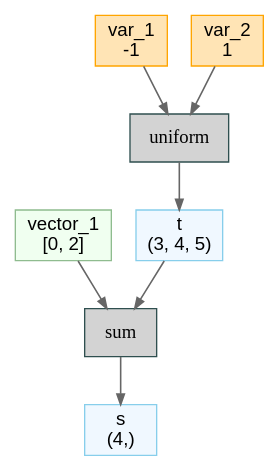
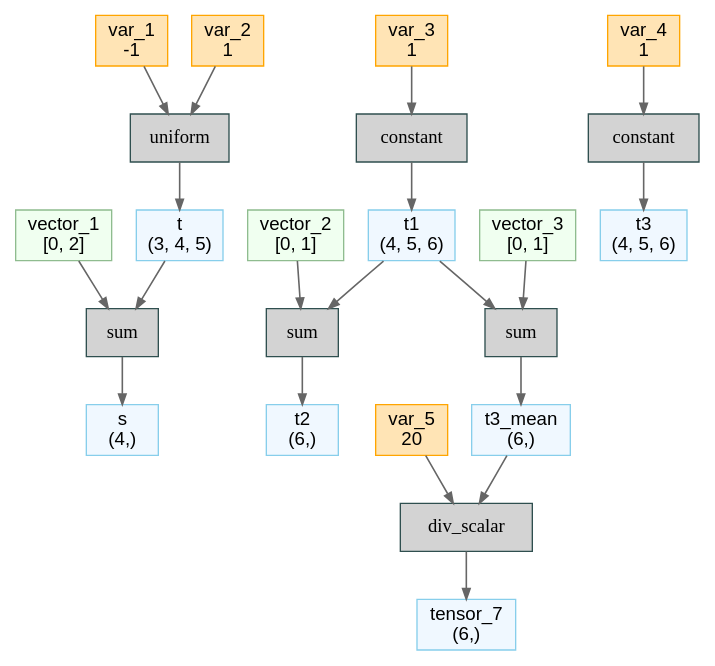
One commit to zhaziqwe/deepx changed the diagram in front/py/examples/2_ir/sum.dot. Above: the diagram before and after it, drawn with Graphviz. The commit also changed 7 other files, not shown here.

```diff
--- a/front/py/examples/2_ir/sum.dot
+++ b/front/py/examples/2_ir/sum.dot
@@ -1,23 +1,61 @@
 // Computational Graph
 digraph {
 	rankdir=TB
 	node [shape=record]
-	123157773232032 [label="t
+	130244339246288 [label="t
 (3, 4, 5)" color=skyblue fillcolor=aliceblue fontname="Sans-Serif" labeljust=l shape=box style=filled]
-	123157773226992 [label="var_1
+	130244339240384 [label="var_1
 -1" color=orange fillcolor=moccasin fontname="Sans-Serif" labeljust=l shape=box style=filled]
-	123157773232320 [label="var_2
+	130244339245136 [label="var_2
 1" color=orange fillcolor=moccasin fontname="Sans-Serif" labeljust=l shape=box style=filled]
-	123157773224400 [label=uniform color=darkslategray fillcolor=lightgray fontname="Courier Bold" labeljust=l shape=box style=filled]
-	123157773954464 [label="s
+	130244339239376 [label=uniform color=darkslategray fillcolor=lightgray fontname="Courier Bold" labeljust=l shape=box style=filled]
+	130244339969440 [label="s
 (4,)" color=skyblue fillcolor=aliceblue fontname="Sans-Serif" labeljust=l shape=box style=filled]
-	123157773954704 [label="vector_1
+	130244339969680 [label="vector_1
 [0, 2]" color=darkseagreen fillcolor=honeydew fontname="Sans-Serif" labeljust=l shape=box style=filled]
-	123157773955136 [label=sum color=darkslategray fillcolor=lightgray fontname="Courier Bold" labeljust=l shape=box style=filled]
-	123157773224400 -> 123157773232032 [arrowsize=0.8 color=gray40 penwidth=1.2]
-	123157773226992 -> 123157773224400 [arrowsize=0.8 color=gray40 penwidth=1.2]
-	123157773232320 -> 123157773224400 [arrowsize=0.8 color=gray40 penwidth=1.2]
-	123157773955136 -> 123157773954464 [arrowsize=0.8 color=gray40 penwidth=1.2]
-	123157773232032 -> 123157773955136 [arrowsize=0.8 color=gray40 penwidth=1.2]
-	123157773954704 -> 123157773955136 [arrowsize=0.8 color=gray40 penwidth=1.2]
+	130244339970112 [label=sum color=darkslategray fillcolor=lightgray fontname="Courier Bold" labeljust=l shape=box style=filled]
+	130244339970064 [label="t1
+(4, 5, 6)" color=skyblue fillcolor=aliceblue fontname="Sans-Serif" labeljust=l shape=box style=filled]
+	130244339970448 [label=constant color=darkslategray fillcolor=lightgray fontname="Courier Bold" labeljust=l shape=box style=filled]
+	130244339970400 [label="var_3
+1" color=orange fillcolor=moccasin fontname="Sans-Serif" labeljust=l shape=box style=filled]
+	130244339970544 [label="t2
+(6,)" color=skyblue fillcolor=aliceblue fontname="Sans-Serif" labeljust=l shape=box style=filled]
+	130244339970832 [label="vector_2
+[0, 1]" color=darkseagreen fillcolor=honeydew fontname="Sans-Serif" labeljust=l shape=box style=filled]
+	130244339970928 [label=sum color=darkslategray fillcolor=lightgray fontname="Courier Bold" labeljust=l shape=box style=filled]
+	130244339970880 [label="t3
+(4, 5, 6)" color=skyblue fillcolor=aliceblue fontname="Sans-Serif" labeljust=l shape=box style=filled]
+	130244339971264 [label=constant color=darkslategray fillcolor=lightgray fontname="Courier Bold" labeljust=l shape=box style=filled]
+	130244339971216 [label="var_4
+1" color=orange fillcolor=moccasin fontname="Sans-Serif" labeljust=l shape=box style=filled]
+	130244339971408 [label="t3_mean
+(6,)" color=skyblue fillcolor=aliceblue fontname="Sans-Serif" labeljust=l shape=box style=filled]
+	130244339971696 [label="vector_3
+[0, 1]" color=darkseagreen fillcolor=honeydew fontname="Sans-Serif" labeljust=l shape=box style=filled]
+	130244339971792 [label=sum color=darkslategray fillcolor=lightgray fontname="Courier Bold" labeljust=l shape=box style=filled]
+	130244339972032 [label="tensor_7
+(6,)" color=skyblue fillcolor=aliceblue fontname="Sans-Serif" labeljust=l shape=box style=filled]
+	130244339972128 [label=div_scalar color=darkslategray fillcolor=lightgray fontname="Courier Bold" labeljust=l shape=box style=filled]
+	130244339972080 [label="var_5
+20" color=orange fillcolor=moccasin fontname="Sans-Serif" labeljust=l shape=box style=filled]
+	130244339239376 -> 130244339246288 [arrowsize=0.8 color=gray40 penwidth=1.2]
+	130244339240384 -> 130244339239376 [arrowsize=0.8 color=gray40 penwidth=1.2]
+	130244339245136 -> 130244339239376 [arrowsize=0.8 color=gray40 penwidth=1.2]
+	130244339970112 -> 130244339969440 [arrowsize=0.8 color=gray40 penwidth=1.2]
+	130244339246288 -> 130244339970112 [arrowsize=0.8 color=gray40 penwidth=1.2]
+	130244339969680 -> 130244339970112 [arrowsize=0.8 color=gray40 penwidth=1.2]
+	130244339970448 -> 130244339970064 [arrowsize=0.8 color=gray40 penwidth=1.2]
+	130244339970400 -> 130244339970448 [arrowsize=0.8 color=gray40 penwidth=1.2]
+	130244339970928 -> 130244339970544 [arrowsize=0.8 color=gray40 penwidth=1.2]
+	130244339970064 -> 130244339970928 [arrowsize=0.8 color=gray40 penwidth=1.2]
+	130244339970832 -> 130244339970928 [arrowsize=0.8 color=gray40 penwidth=1.2]
+	130244339971264 -> 130244339970880 [arrowsize=0.8 color=gray40 penwidth=1.2]
+	130244339971216 -> 130244339971264 [arrowsize=0.8 color=gray40 penwidth=1.2]
+	130244339971792 -> 130244339971408 [arrowsize=0.8 color=gray40 penwidth=1.2]
+	130244339970064 -> 130244339971792 [arrowsize=0.8 color=gray40 penwidth=1.2]
+	130244339971696 -> 130244339971792 [arrowsize=0.8 color=gray40 penwidth=1.2]
+	130244339972128 -> 130244339972032 [arrowsize=0.8 color=gray40 penwidth=1.2]
+	130244339971408 -> 130244339972128 [arrowsize=0.8 color=gray40 penwidth=1.2]
+	130244339972080 -> 130244339972128 [arrowsize=0.8 color=gray40 penwidth=1.2]
 }
```
